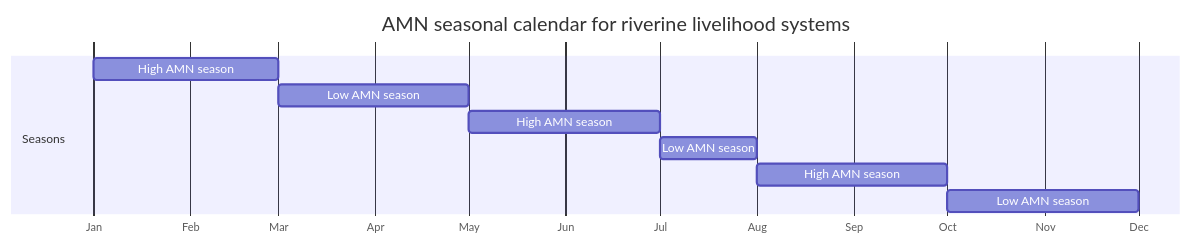
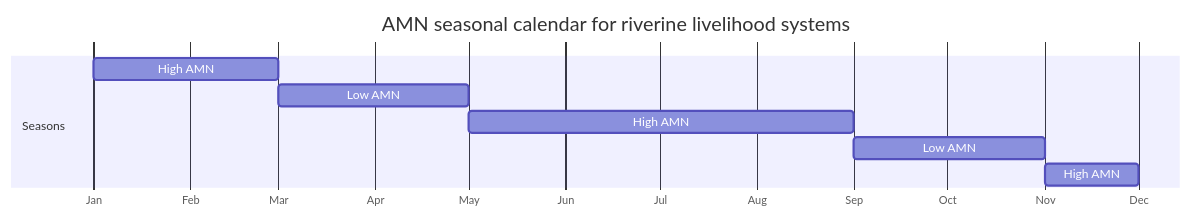
Before and after one commit to nutimes/som-sam-admit: the fourth of 9 diagrams in presentation.qmd, drawn with Mermaid. The commit also changed other lines of this file, not shown here.

````diff
--- a/presentation.qmd
+++ b/presentation.qmd
@@ -596,19 +574,17 @@
 ```{mermaid}
 %%| label: amn-seasonal-calendar-riverine
-%%| fig-cap: "Source: adaptation based on this analysis findings"
 %%| fig-cap-location: bottom
 %%| fig-height: 4
 %%| fig-width: 13.7
 gantt
     title  AMN seasonal calendar for riverine livelihood systems
     dateFormat M
     axisFormat %b
     todayMarker off
     section Seasons
-    High AMN season :1, 3
-    Low AMN season :3, 5
-    High AMN season :5, 7
-    Low AMN season :7, 8
-    High AMN season :8, 10
-    Low AMN season :10, 12
+        High AMN :1, 3
+        Low AMN :3, 5
+        High AMN :5, 9
+        Low AMN :9, 11
+        High AMN :11, 12
 ```
````
